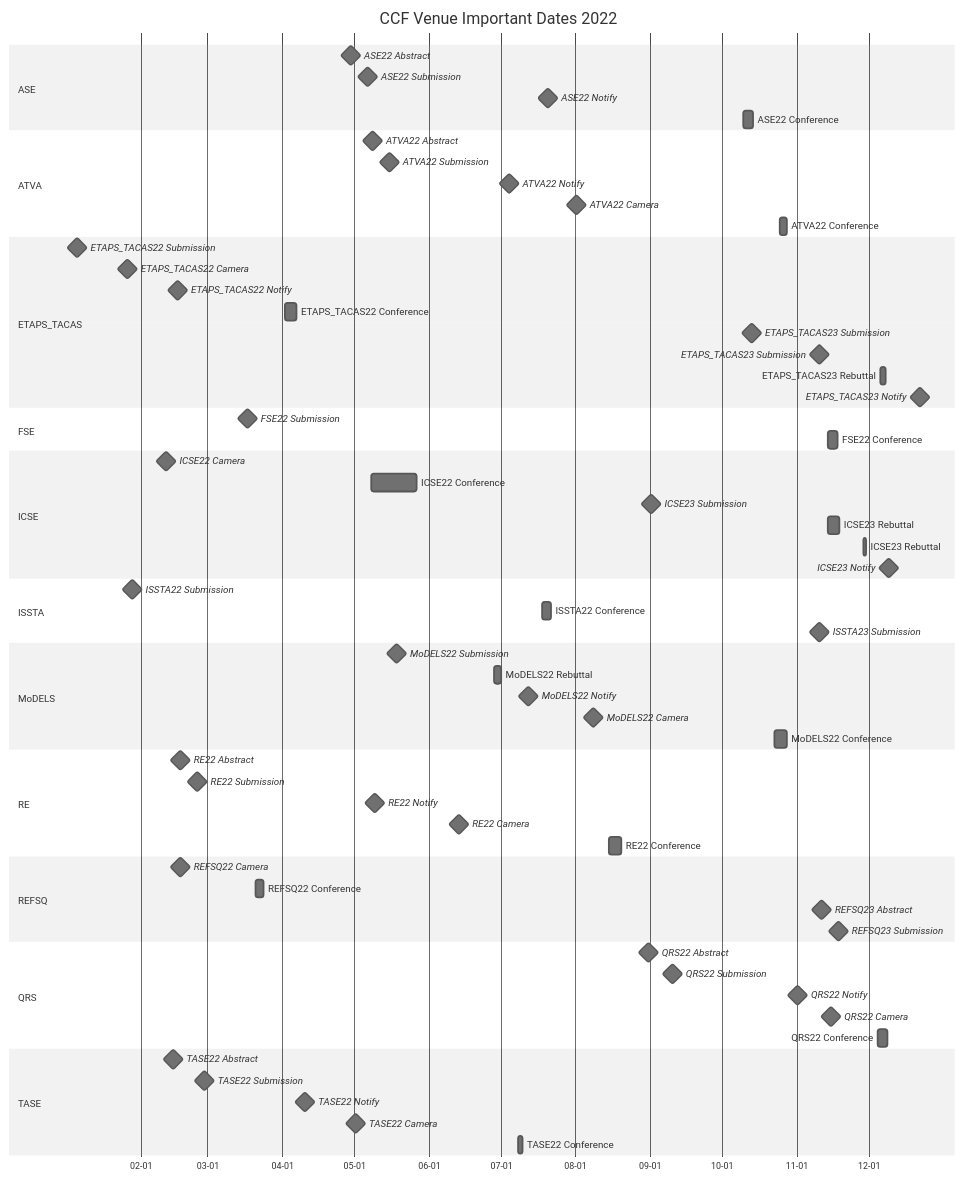
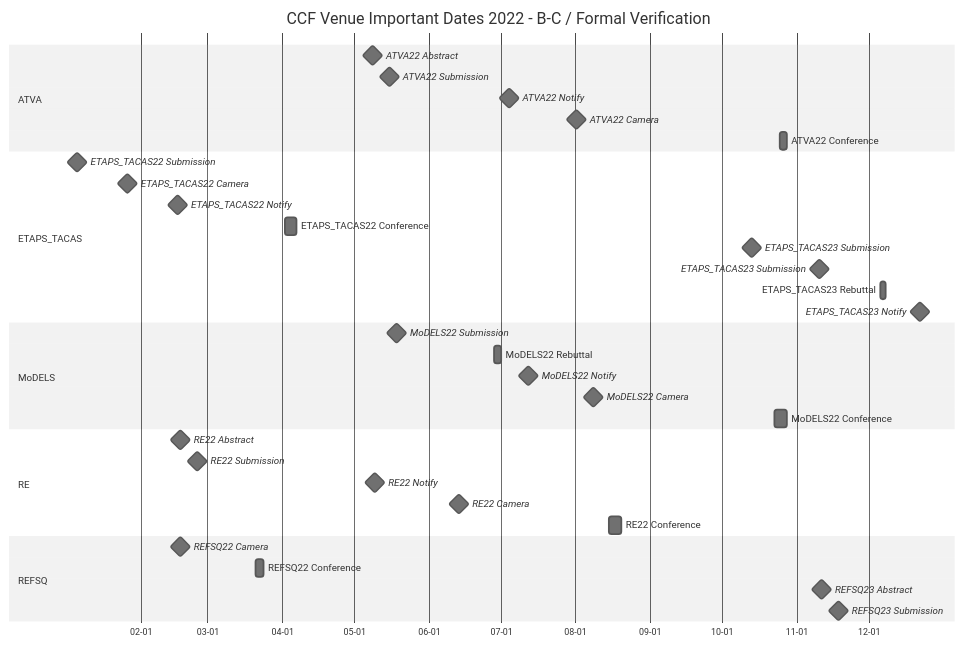
Before and after one commit to HansBug/research_ideas: diagram 17 of 20 in ccf_venues/TIMELINE.md, drawn with Mermaid (neutral theme). The commit also changed other lines of this file and 5 other files, not shown here.

````diff
--- a/ccf_venues/TIMELINE.md
+++ b/ccf_venues/TIMELINE.md
@@ -965,81 +1094,43 @@
 ```mermaid
 gantt
-  title CCF Venue Important Dates 2022
+  title CCF Venue Important Dates 2022 - B-C / Formal Verification
   dateFormat YYYY-MM-DD
   axisFormat %m-%d
-
-  section ASE
-  ASE22 Abstract :milestone, ase_2022_1_20220429, 2022-04-29, 1d
-  ASE22 Submission :milestone, ase_2022_2_20220506, 2022-05-06, 1d
-  ASE22 Notify :milestone, ase_2022_3_20220720, 2022-07-20, 1d
-  ASE22 Conference :ase_2022_4_20221010, 2022-10-10, 2022-10-14
 
   section ATVA
   ATVA22 Abstract :milestone, atva_2022_1_20220508, 2022-05-08, 1d
   ATVA22 Submission :milestone, atva_2022_2_20220515, 2022-05-15, 1d
   ATVA22 Notify :milestone, atva_2022_3_20220704, 2022-07-04, 1d
   ATVA22 Camera :milestone, atva_2022_4_20220801, 2022-08-01, 1d
   ATVA22 Conference :atva_2022_5_20221025, 2022-10-25, 2022-10-28
 
   section ETAPS_TACAS
   ETAPS_TACAS22 Submission :milestone, etaps_tacas_2022_1_20220105, 2022-01-05, 1d
   ETAPS_TACAS22 Camera :milestone, etaps_tacas_2022_2_20220126, 2022-01-26, 1d
   ETAPS_TACAS22 Notify :milestone, etaps_tacas_2022_3_20220216, 2022-02-16, 1d
   ETAPS_TACAS22 Conference :etaps_tacas_2022_4_20220402, 2022-04-02, 2022-04-07
   ETAPS_TACAS23 Submission :milestone, etaps_tacas_2022_5_20221013, 2022-10-13, 1d
   ETAPS_TACAS23 Submission :milestone, etaps_tacas_2022_6_20221110, 2022-11-10, 1d
   ETAPS_TACAS23 Rebuttal :etaps_tacas_2022_7_20221206, 2022-12-06, 2022-12-08
   ETAPS_TACAS23 Notify :milestone, etaps_tacas_2022_8_20221222, 2022-12-22, 1d
-
-  section FSE
-  FSE22 Submission :milestone, fse_2022_1_20220317, 2022-03-17, 1d
-  FSE22 Conference :fse_2022_2_20221114, 2022-11-14, 2022-11-18
-
-  section ICSE
-  ICSE22 Camera :milestone, icse_2022_1_20220211, 2022-02-11, 1d
-  ICSE22 Conference :icse_2022_2_20220508, 2022-05-08, 2022-05-27
-  ICSE23 Submission :milestone, icse_2022_3_20220901, 2022-09-01, 1d
-  ICSE23 Rebuttal :icse_2022_4_20221114, 2022-11-14, 2022-11-19
-  ICSE23 Rebuttal :icse_2022_5_20221129, 2022-11-29, 2022-11-30
-  ICSE23 Notify :milestone, icse_2022_6_20221209, 2022-12-09, 1d
-
-  section ISSTA
-  ISSTA22 Submission :milestone, issta_2022_1_20220128, 2022-01-28, 1d
-  ISSTA22 Conference :issta_2022_2_20220718, 2022-07-18, 2022-07-22
-  ISSTA23 Submission :milestone, issta_2022_3_20221110, 2022-11-10, 1d
 
   section MoDELS
   MoDELS22 Submission :milestone, models_2022_1_20220518, 2022-05-18, 1d
   MoDELS22 Rebuttal :models_2022_2_20220628, 2022-06-28, 2022-07-01
   MoDELS22 Notify :milestone, models_2022_3_20220712, 2022-07-12, 1d
   MoDELS22 Camera :milestone, models_2022_4_20220808, 2022-08-08, 1d
   MoDELS22 Conference :models_2022_5_20221023, 2022-10-23, 2022-10-28
 
   section RE
   RE22 Abstract :milestone, re_2022_1_20220217, 2022-02-17, 1d
   RE22 Submission :milestone, re_2022_2_20220224, 2022-02-24, 1d
   RE22 Notify :milestone, re_2022_3_20220509, 2022-05-09, 1d
   RE22 Camera :milestone, re_2022_4_20220613, 2022-06-13, 1d
   RE22 Conference :re_2022_5_20220815, 2022-08-15, 2022-08-20
 
   section REFSQ
   REFSQ22 Camera :milestone, refsq_2022_1_20220217, 2022-02-17, 1d
   REFSQ22 Conference :refsq_2022_2_20220321, 2022-03-21, 2022-03-24
   REFSQ23 Abstract :milestone, refsq_2022_3_20221111, 2022-11-11, 1d
   REFSQ23 Submission :milestone, refsq_2022_4_20221118, 2022-11-18, 1d
-
-
-  section QRS
-  QRS22 Abstract :milestone, qrs_2022_1_20220831, 2022-08-31, 1d
-  QRS22 Submission :milestone, qrs_2022_2_20220910, 2022-09-10, 1d
-  QRS22 Notify :milestone, qrs_2022_3_20221101, 2022-11-01, 1d
-  QRS22 Camera :milestone, qrs_2022_4_20221115, 2022-11-15, 1d
-  QRS22 Conference :qrs_2022_5_20221205, 2022-12-05, 2022-12-09
-
-  section TASE
-  TASE22 Abstract :milestone, tase_2022_1_20220214, 2022-02-14, 1d
-  TASE22 Submission :milestone, tase_2022_2_20220227, 2022-02-27, 1d
-  TASE22 Notify :milestone, tase_2022_3_20220410, 2022-04-10, 1d
-  TASE22 Camera :milestone, tase_2022_4_20220501, 2022-05-01, 1d
-  TASE22 Conference :tase_2022_5_20220708, 2022-07-08, 2022-07-10
 ```
````
